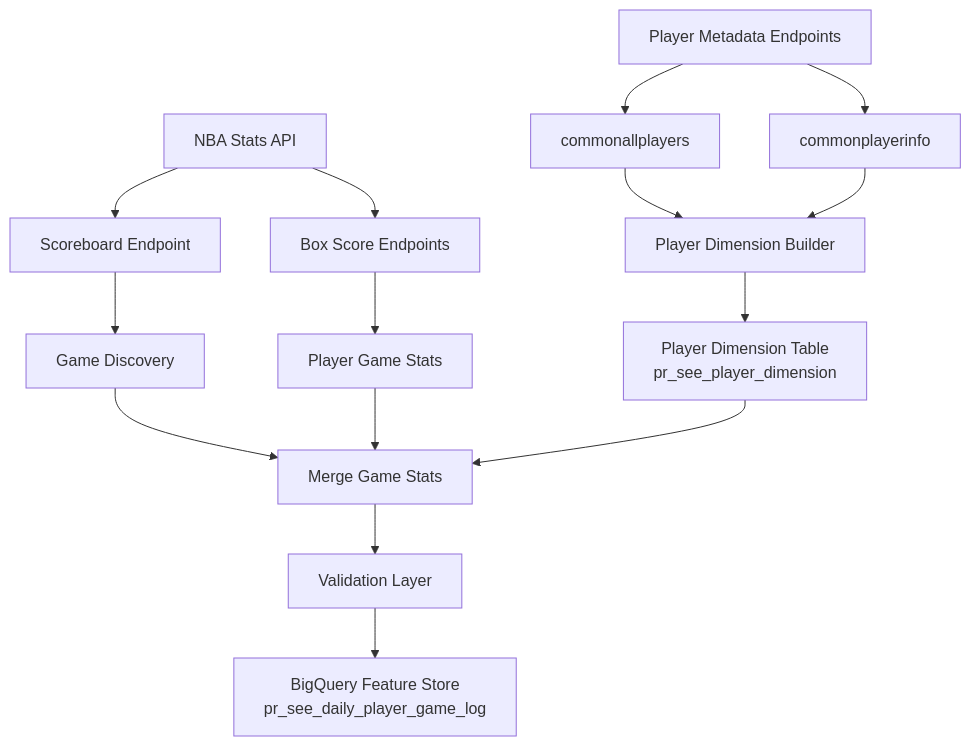
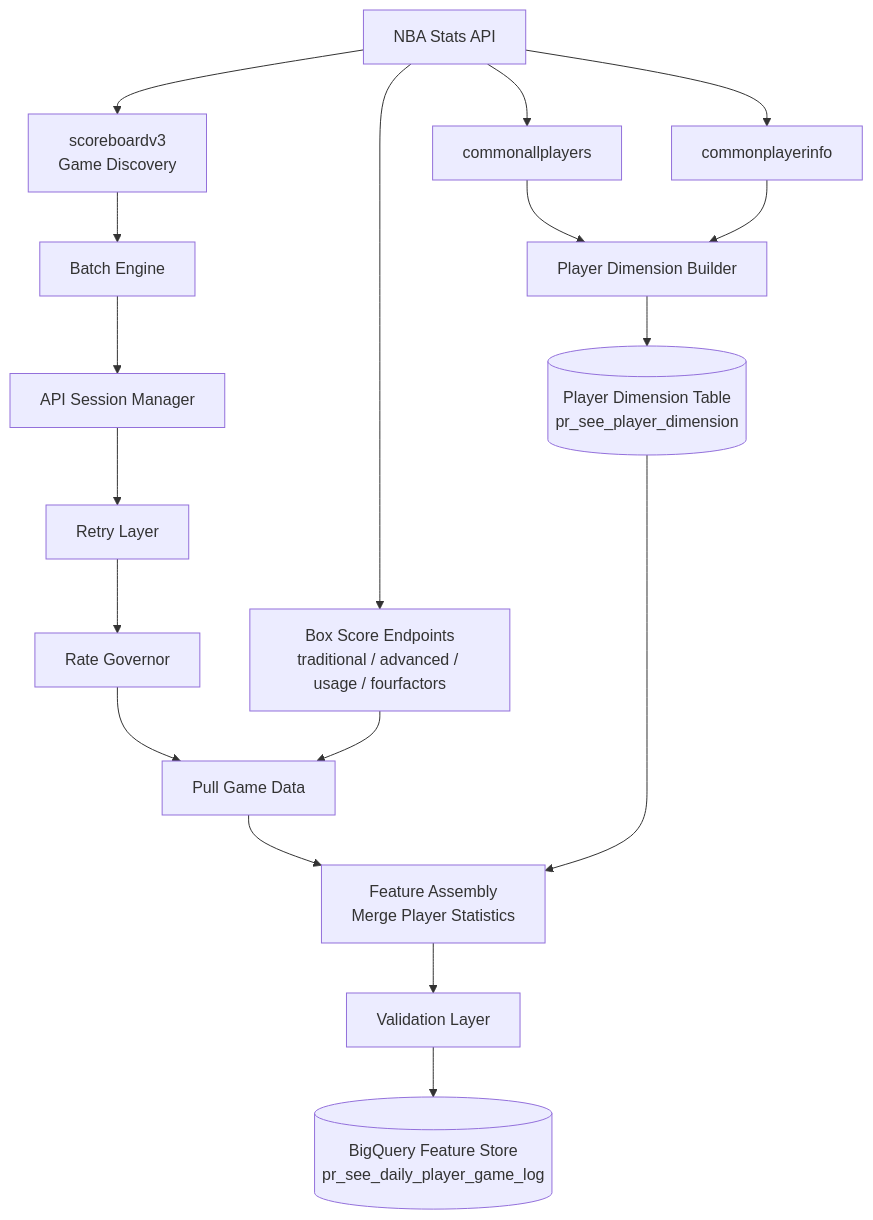
One commit to zh412/nba-feature-store changed the diagram in README.md. Above: the diagram before and after it, drawn with Mermaid. The commit also changed 1 other file, not shown here.

Commit message:
Improve player dimension validation and update architecture diagram

````diff
--- a/README.md
+++ b/README.md
@@ -58,28 +58,45 @@
 ```mermaid
 flowchart TD
 
 A[NBA Stats API]
 
-A --> B1[Scoreboard Endpoint]
-A --> B2[Box Score Endpoints]
+%% ------------------------------
+%% GAME INGESTION PIPELINE
+%% ------------------------------
 
-B1 --> C1[Game Discovery]
-B2 --> C2[Player Game Stats]
+A --> B1[scoreboardv3<br>Game Discovery]
+A --> B2[Box Score Endpoints<br>traditional / advanced / usage / fourfactors]
 
-C1 --> D[Merge Game Stats]
-C2 --> D
+B1 --> C1[Batch Engine]
+C1 --> C2[API Session Manager]
 
-E[Player Metadata Endpoints] --> F1[commonallplayers]
-E --> F2[commonplayerinfo]
+C2 --> C3[Retry Layer]
+C3 --> C4[Rate Governor]
+
+C4 --> D1[Pull Game Data]
+B2 --> D1
+
+D1 --> D2[Feature Assembly<br>Merge Player Statistics]
+
+D2 --> E[Validation Layer]
+
+%% ------------------------------
+%% PLAYER DIMENSION PIPELINE
+%% ------------------------------
+
+A --> F1[commonallplayers]
+A --> F2[commonplayerinfo]
 
 F1 --> G[Player Dimension Builder]
 F2 --> G
 
-G --> H[Player Dimension Table<br>pr_see_player_dimension]
+G --> H[(Player Dimension Table<br>pr_see_player_dimension)]
 
-H --> D
+%% ------------------------------
+%% FEATURE STORE
+%% ------------------------------
 
-D --> I[Validation Layer]
+H --> D2
 
-I --> J[BigQuery Feature Store<br>pr_see_daily_player_game_log]
+E --> I[(BigQuery Feature Store<br>pr_see_daily_player_game_log)]
 ```
````
